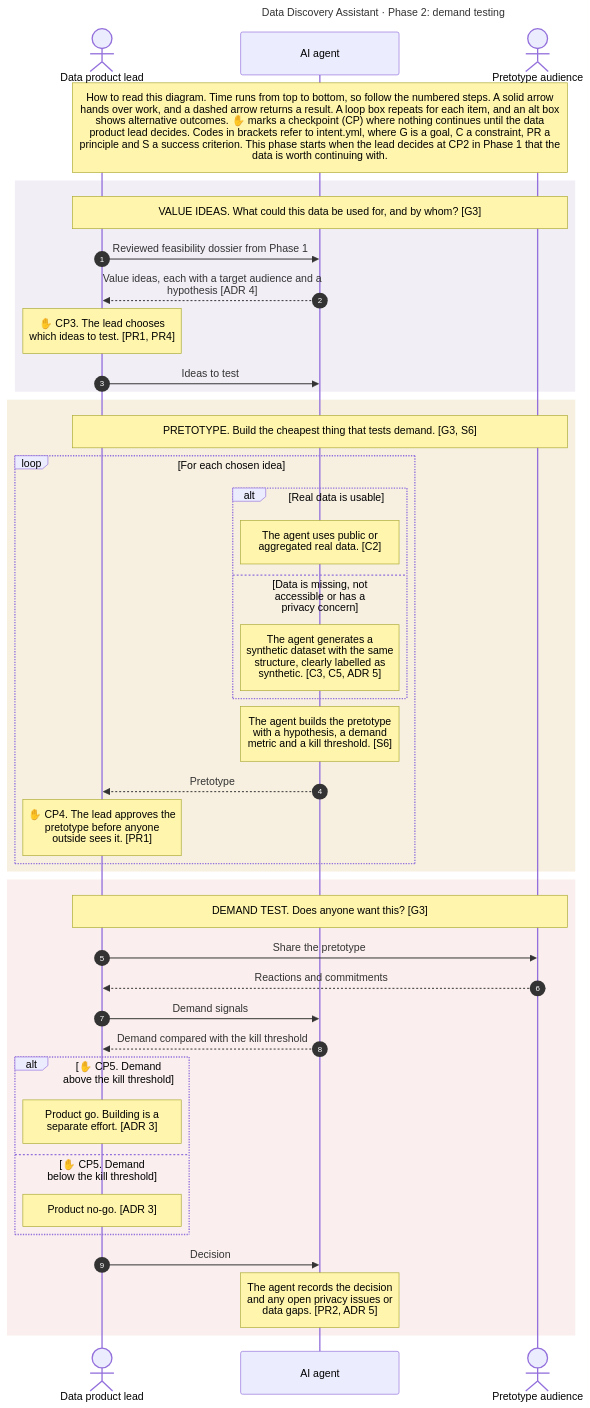
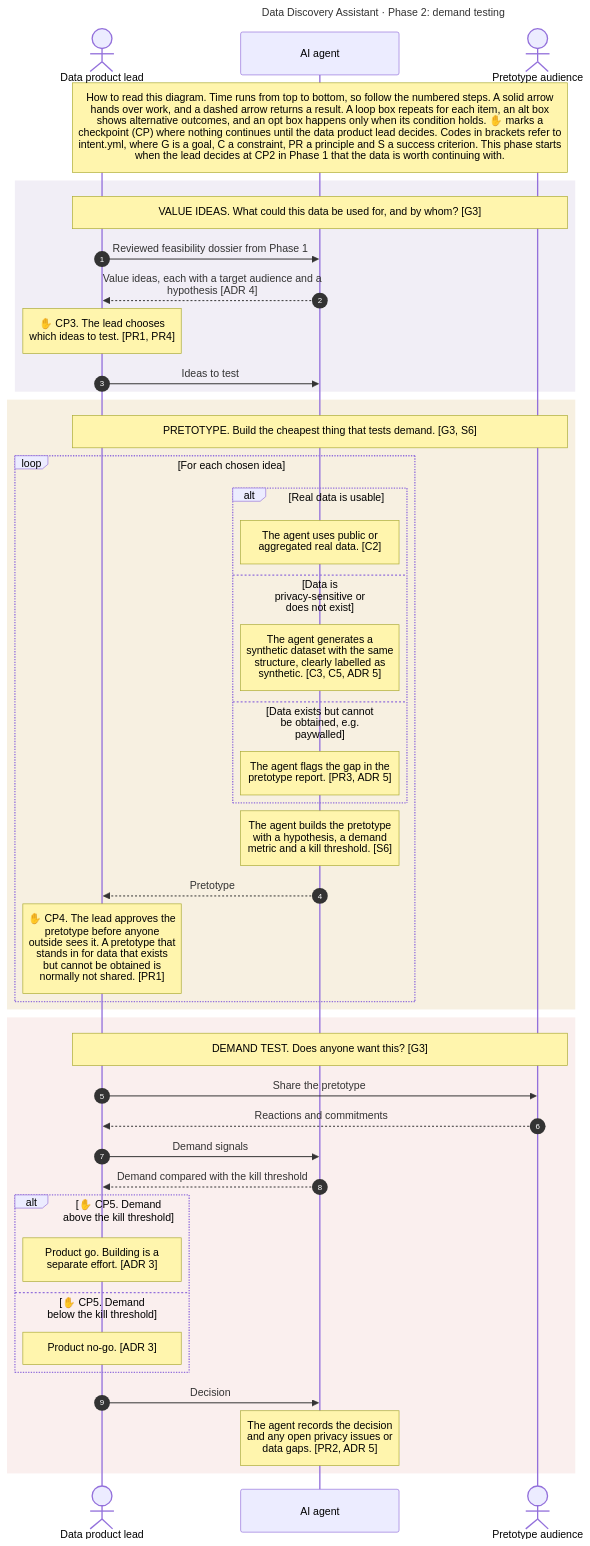
The second of 2 diagrams in design/flow.md (steff-ml/data-discovery-assistent), drawn with Mermaid before and after one commit. The commit also changed other lines of this file and 4 other files, not shown here.

Commit message:
Finalized flow design

````diff
--- a/design/flow.md
+++ b/design/flow.md
@@ -101,63 +106,65 @@
 ```mermaid
 ---
 title: "Data Discovery Assistant · Phase 2: demand testing"
 config:
   fontFamily: "Arial, Helvetica, sans-serif"
   themeVariables:
     fontFamily: "Arial, Helvetica, sans-serif"
   sequence:
     wrap: true
     width: 240
     actorMargin: 90
     noteMargin: 16
     boxMargin: 12
     messageMargin: 40
     noteFontFamily: "Arial, Helvetica, sans-serif"
     messageFontFamily: "Arial, Helvetica, sans-serif"
     actorFontFamily: "Arial, Helvetica, sans-serif"
 ---
 sequenceDiagram
     autonumber
     actor Lead as Data product lead
     participant Agent as AI agent
     actor Aud as Pretotype audience
 
-    Note over Lead,Aud: How to read this diagram. Time runs from top to bottom, so follow the numbered steps. A solid arrow hands over work, and a dashed arrow returns a result. A loop box repeats for each item, and an alt box shows alternative outcomes. ✋ marks a checkpoint (CP) where nothing continues until the data product lead decides. Codes in brackets refer to intent.yml, where G is a goal, C a constraint, PR a principle and S a success criterion. This phase starts when the lead decides at CP2 in Phase 1 that the data is worth continuing with.
+    Note over Lead,Aud: How to read this diagram. Time runs from top to bottom, so follow the numbered steps. A solid arrow hands over work, and a dashed arrow returns a result. A loop box repeats for each item, an alt box shows alternative outcomes, and an opt box happens only when its condition holds. ✋ marks a checkpoint (CP) where nothing continues until the data product lead decides. Codes in brackets refer to intent.yml, where G is a goal, C a constraint, PR a principle and S a success criterion. This phase starts when the lead decides at CP2 in Phase 1 that the data is worth continuing with.
 
     rect rgba(122, 94, 168, 0.10)
     Note over Lead,Aud: VALUE IDEAS. What could this data be used for, and by whom? [G3]
     Lead->>Agent: Reviewed feasibility dossier from Phase 1
     Agent-->>Lead: Value ideas, each with a target audience and a hypothesis [ADR 4]
     Note over Lead: ✋ CP3. The lead chooses which ideas to test. [PR1, PR4]
     Lead->>Agent: Ideas to test
     end
 
     rect rgba(184, 134, 11, 0.12)
     Note over Lead,Aud: PRETOTYPE. Build the cheapest thing that tests demand. [G3, S6]
     loop For each chosen idea
         alt Real data is usable
             Note over Agent: The agent uses public or aggregated real data. [C2]
-        else Data is missing, not accessible or has a privacy concern
+        else Data is privacy-sensitive or does not exist
             Note over Agent: The agent generates a synthetic dataset with the same structure, clearly labelled as synthetic. [C3, C5, ADR 5]
+        else Data exists but cannot be obtained, e.g. paywalled
+            Note over Agent: The agent flags the gap in the pretotype report. [PR3, ADR 5]
         end
         Note over Agent: The agent builds the pretotype with a hypothesis, a demand metric and a kill threshold. [S6]
         Agent-->>Lead: Pretotype
-        Note over Lead: ✋ CP4. The lead approves the pretotype before anyone outside sees it. [PR1]
+        Note over Lead: ✋ CP4. The lead approves the pretotype before anyone outside sees it. A pretotype that stands in for data that exists but cannot be obtained is normally not shared. [PR1]
     end
     end
 
     rect rgba(192, 57, 43, 0.08)
     Note over Lead,Aud: DEMAND TEST. Does anyone want this? [G3]
     Lead->>Aud: Share the pretotype
     Aud-->>Lead: Reactions and commitments
     Lead->>Agent: Demand signals
     Agent-->>Lead: Demand compared with the kill threshold
     alt ✋ CP5. Demand above the kill threshold
         Note over Lead: Product go. Building is a separate effort. [ADR 3]
     else ✋ CP5. Demand below the kill threshold
         Note over Lead: Product no-go. [ADR 3]
     end
     Lead->>Agent: Decision
     Note over Agent: The agent records the decision and any open privacy issues or data gaps. [PR2, ADR 5]
     end
 ```
````
